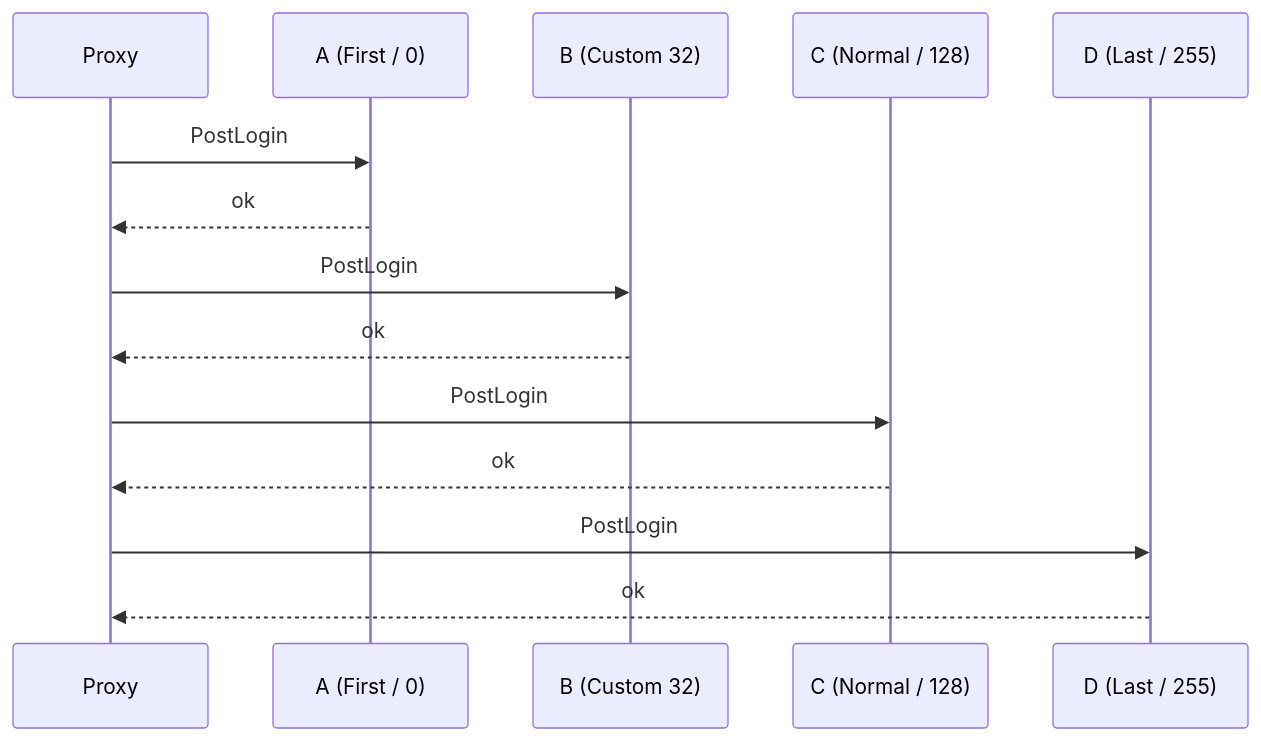
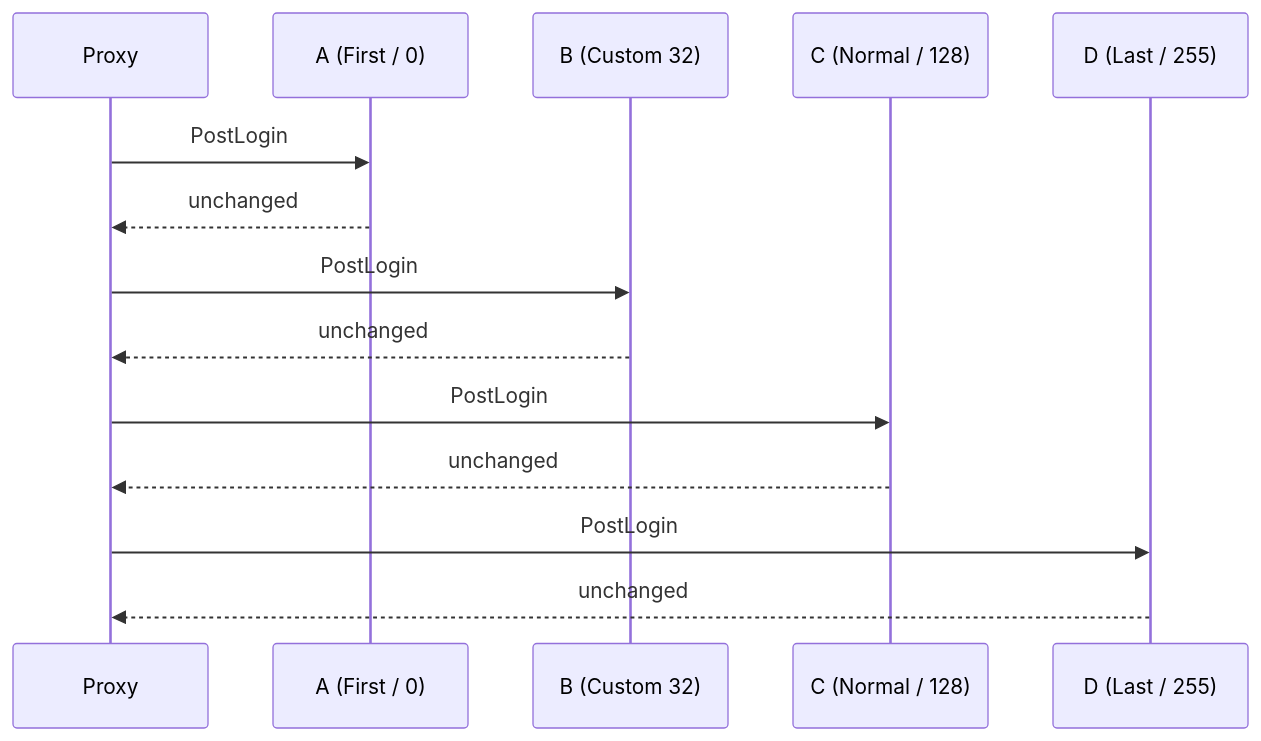
One commit to Shadowner/Infrarust changed the diagram in docs/v2/plugins/wasm/events.md. Above: the diagram before and after it, drawn with Mermaid. The commit also changed other lines of this file and 132 other files, not shown here.

````diff
--- a/docs/v2/plugins/wasm/events.md
+++ b/docs/v2/plugins/wasm/events.md
@@ -186,16 +185,16 @@
 ```mermaid
 sequenceDiagram
     participant Host as Proxy
     participant A as A (First / 0)
     participant B as B (Custom 32)
     participant C as C (Normal / 128)
     participant D as D (Last / 255)
     Host->>A: PostLogin
-    A-->>Host: ok
+    A-->>Host: unchanged
     Host->>B: PostLogin
-    B-->>Host: ok
+    B-->>Host: unchanged
     Host->>C: PostLogin
-    C-->>Host: ok
+    C-->>Host: unchanged
     Host->>D: PostLogin
-    D-->>Host: ok
+    D-->>Host: unchanged
 ```
````
